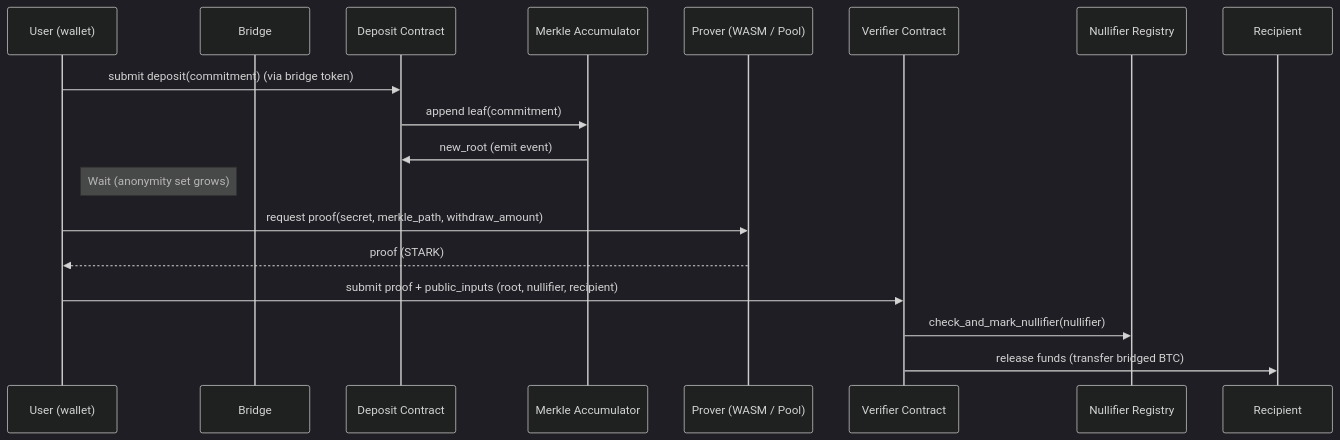
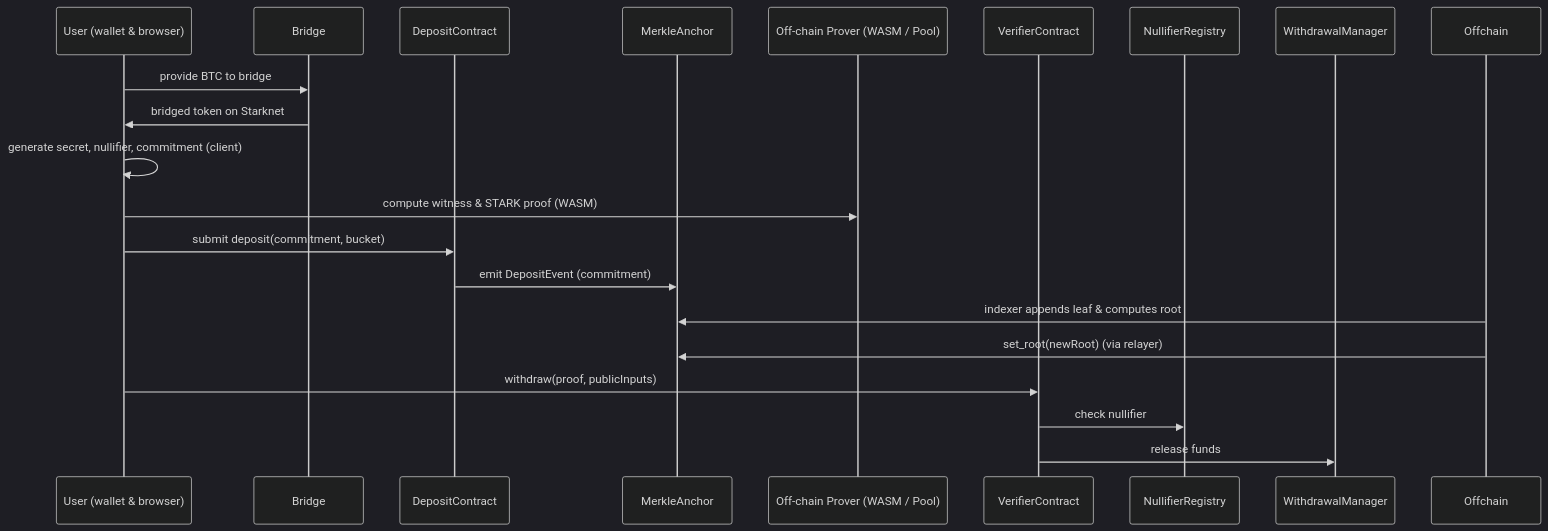
The second of 2 diagrams in README.md (lucylow/starkbtcprivacy), drawn with Mermaid (dark theme) before and after one commit. The commit also changed other lines of this file, not shown here.

````diff
--- a/README.md
+++ b/README.md
@@ -104,21 +73,23 @@
 ```mermaid
 sequenceDiagram
-  participant U as User (wallet)
+  participant U as User (wallet & browser)
   participant B as Bridge
-  participant D as Deposit Contract
-  participant M as Merkle Accumulator
-  participant P as Prover (WASM / Pool)
-  participant V as Verifier Contract
-  participant N as Nullifier Registry
-  participant R as Recipient
+  participant D as DepositContract
+  participant M as MerkleAnchor
+  participant P as Off-chain Prover (WASM / Pool)
+  participant V as VerifierContract
+  participant N as NullifierRegistry
+  participant W as WithdrawalManager
 
-  U->>D: submit deposit(commitment) (via bridge token)
-  D->>M: append leaf(commitment)
-  M->>D: new_root (emit event)
-  Note right of U: Wait (anonymity set grows)
-  U->>P: request proof(secret, merkle_path, withdraw_amount)
-  P-->>U: proof (STARK)
-  U->>V: submit proof + public_inputs (root, nullifier, recipient)
-  V->>N: check_and_mark_nullifier(nullifier)
-  V->>R: release funds (transfer bridged BTC)
+  U->>B: provide BTC to bridge
+  B->>U: bridged token on Starknet
+  U->>U: generate secret, nullifier, commitment (client)
+  U->>P: compute witness & STARK proof (WASM)
+  U->>D: submit deposit(commitment, bucket)
+  D->>M: emit DepositEvent (commitment)
+  Offchain->>M: indexer appends leaf & computes root
+  Offchain->>M: set_root(newRoot)  (via relayer)
+  U->>V: withdraw(proof, publicInputs)
+  V->>N: check nullifier
+  V->>W: release funds
 ```
````
